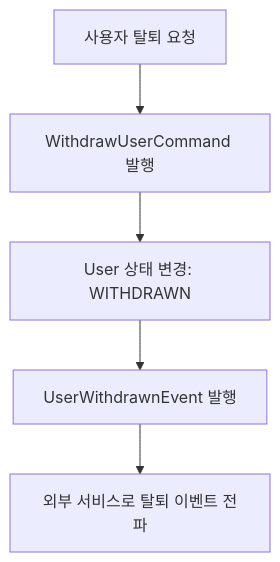
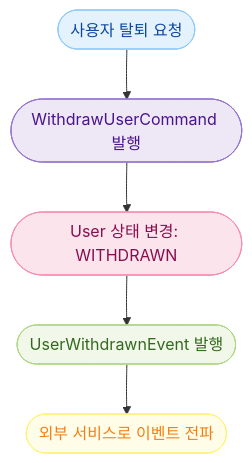
Before and after one commit to geoncheollee/msa-ecommerce-platform: the third of 3 diagrams in user-service/docs/user-domain-language.md, drawn with Mermaid. The commit also changed other lines of this file, not shown here.

````diff
--- a/user-service/docs/user-domain-language.md
+++ b/user-service/docs/user-domain-language.md
@@ -194,7 +181,16 @@
 ```mermaid
 flowchart TD
-    A[사용자 탈퇴 요청] --> B[WithdrawUserCommand 발행]
-    B --> C[User 상태 변경: WITHDRAWN]
-    C --> D[UserWithdrawnEvent 발행]
-    D --> E[외부 서비스로 탈퇴 이벤트 전파]
+    A([사용자 탈퇴 요청]):::input
+    B([WithdrawUserCommand 발행]):::command
+    C([User 상태 변경: WITHDRAWN]):::state
+    D([UserWithdrawnEvent 발행]):::event
+    E([외부 서비스로 이벤트 전파]):::external
+
+    A --> B --> C --> D --> E
+
+    classDef input fill:#e3f2fd,stroke:#90caf9,color:#0d47a1;
+    classDef command fill:#ede7f6,stroke:#9575cd,color:#4a148c;
+    classDef state fill:#fce4ec,stroke:#f48fb1,color:#880e4f;
+    classDef event fill:#f1f8e9,stroke:#aed581,color:#33691e;
+    classDef external fill:#fffde7,stroke:#fff176,color:#f57f17;
 ```
````
